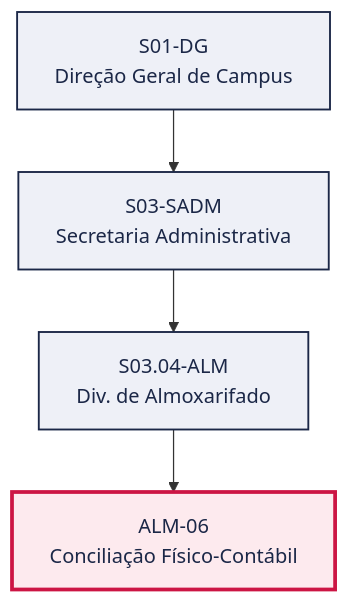
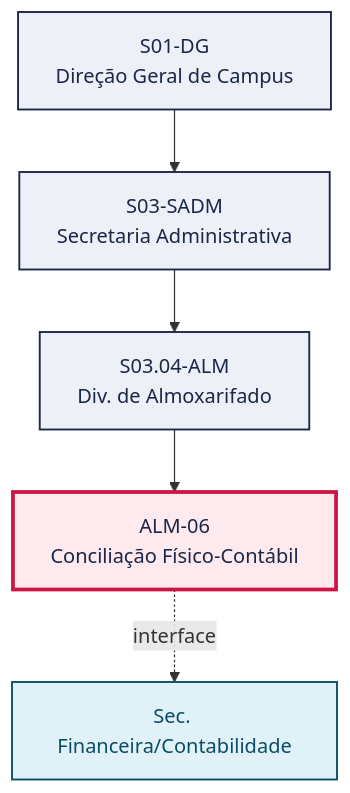
Before and after one commit to jessefers/canvas-vivo-atdg: the first of 2 diagrams in pops/ALM/ALM-06.md, drawn with Mermaid. The commit also changed other lines of this file and 9 other files, not shown here.

````diff
--- a/pops/ALM/ALM-06.md
+++ b/pops/ALM/ALM-06.md
@@ -49,15 +51,18 @@
 ```mermaid
 graph TD
   S01_DG["S01-DG<br/>Direção Geral de Campus"]
   S03_SADM["S03-SADM<br/>Secretaria Administrativa"]
   S01_DG --> S03_SADM
   S03_04_ALM["S03.04-ALM<br/>Div. de Almoxarifado"]
   S03_SADM --> S03_04_ALM
   P["ALM-06<br/>Conciliação Físico-Contábil"]
   S03_04_ALM --> P
+  V1["Sec. Financeira/Contabilidade"]
+  P -. interface .-> V1
   classDef setor fill:#EEF0F7,stroke:#1B2747,stroke-width:1.5px,color:#1B2747
   classDef destaque fill:#FDEAEE,stroke:#CC1544,stroke-width:3px,color:#1B2747
   classDef vizinho fill:#E0F2F8,stroke:#0B4D66,stroke-width:1.5px,color:#0B4D66
   class S01_DG,S03_SADM,S03_04_ALM setor
   class P destaque
+  class V1 vizinho
 ```
````
